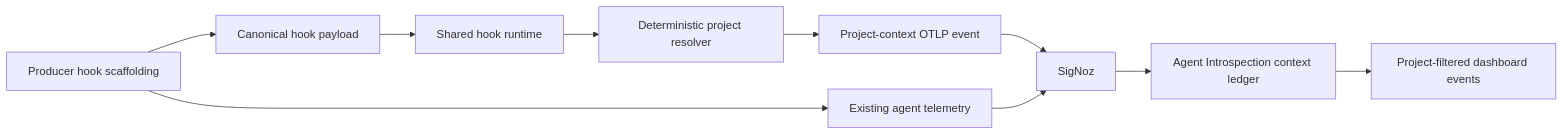
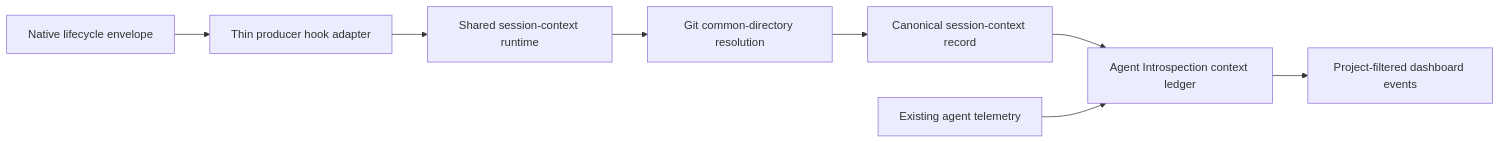
Before and after one commit to adam-jackson-cf/agent-introspection: the diagram in otel-producers.md, drawn with Mermaid. The commit also changed other lines of this file and 12 other files, not shown here.

Commit message:
feat: connect producer lifecycle hooks

````diff
--- a/otel-producers.md
+++ b/otel-producers.md
@@ -22,12 +17,10 @@
 ```mermaid
 flowchart LR
-    Producer["Producer hook scaffolding"] --> Payload["Canonical hook payload"]
-    Payload --> Runtime["Shared hook runtime"]
-    Runtime --> Resolver["Deterministic project resolver"]
-    Resolver --> Context["Project-context OTLP event"]
-    Context --> SigNoz["SigNoz"]
-    Producer --> Traces["Existing agent telemetry"]
-    Traces --> SigNoz
-    SigNoz --> Consumer["Agent Introspection context ledger"]
-    Consumer --> Dashboard["Project-filtered dashboard events"]
+    Native["Native lifecycle envelope"] --> Adapter["Thin producer hook adapter"]
+    Adapter --> Runtime["Shared session-context runtime"]
+    Runtime --> Git["Git common-directory resolution"]
+    Git --> Record["Canonical session-context record"]
+    Record --> Ledger["Agent Introspection context ledger"]
+    Telemetry["Existing agent telemetry"] --> Ledger
+    Ledger --> Dashboard["Project-filtered dashboard events"]
 ```
````
